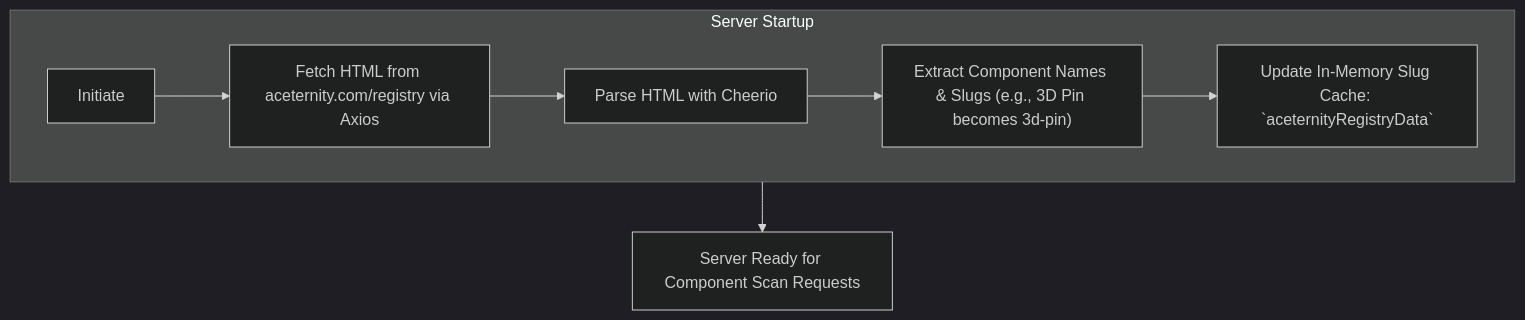
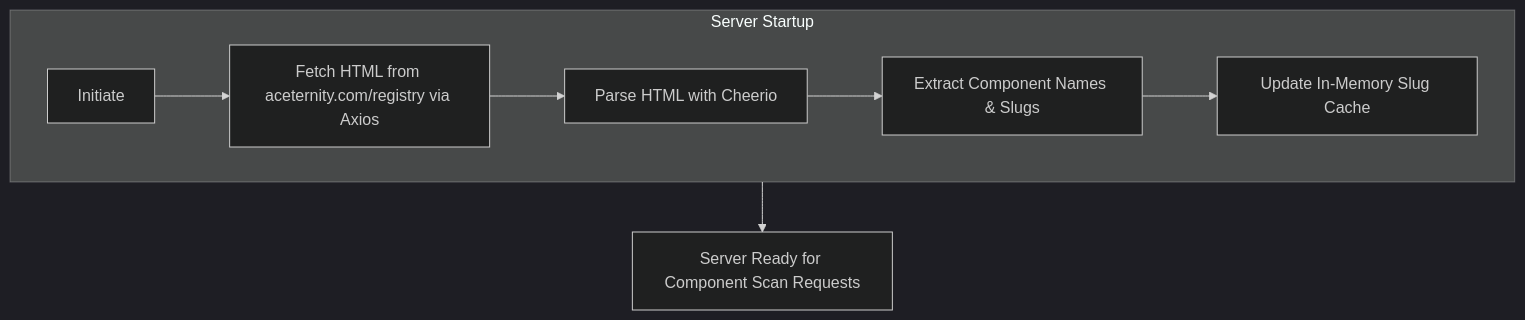
Before and after one commit to dazeb/mcp-react-components: the first of 3 diagrams in README.md, drawn with Mermaid (dark theme). The commit also changed other lines of this file, not shown here.

Commit message:
fix: Simplify flowchart descriptions and improve clarity in component fetching process

````diff
--- a/README.md
+++ b/README.md
@@ -42,11 +42,11 @@
 ```mermaid
 graph TD
     subgraph Server Startup
         direction LR
         A1[Initiate] --> A2[Fetch HTML from aceternity.com/registry via Axios]
         A2 --> A3[Parse HTML with Cheerio]
-        A3 --> A4["Extract Component Names & Slugs (e.g., 3D Pin becomes 3d-pin)"]
-        A4 --> A5[Update In-Memory Slug Cache: `aceternityRegistryData`]
+        A3 --> A4[Extract Component Names & Slugs]
+        A4 --> A5[Update In-Memory Slug Cache]
     end
     A5 --> A6[Server Ready for Component Scan Requests]
 ```
````
